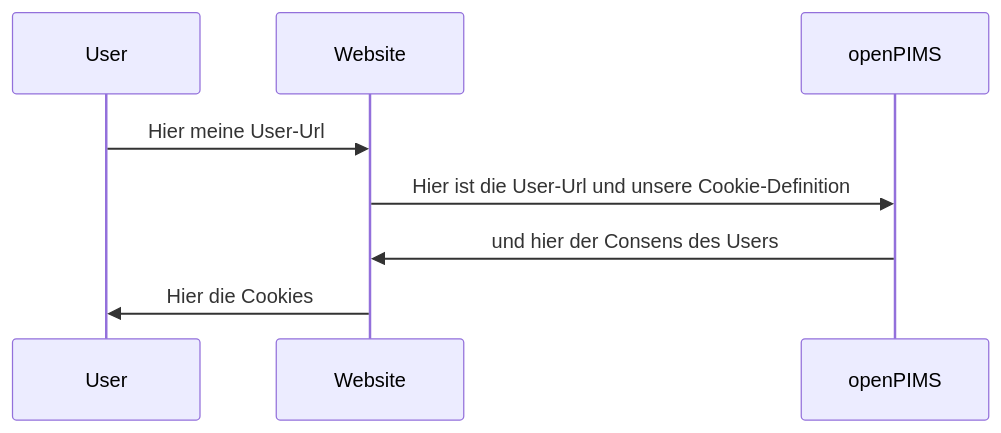
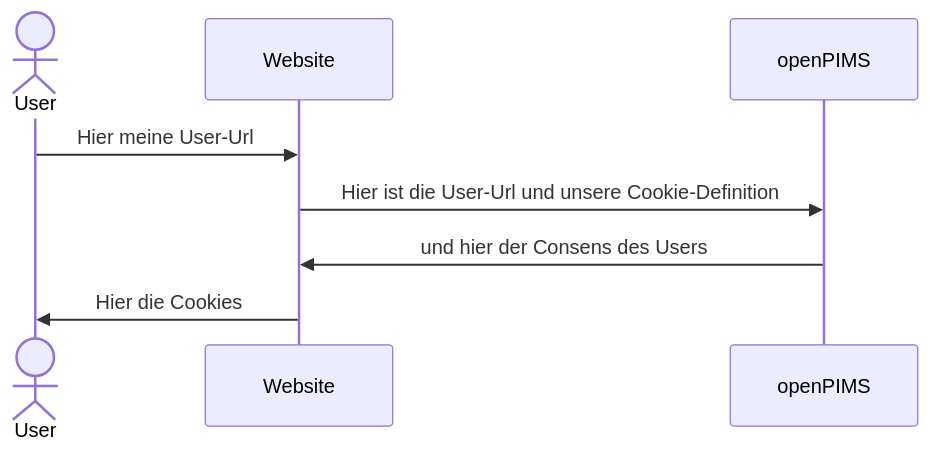
One commit to openpims/openpims changed the third of 3 diagrams in README.md. Above: the diagram before and after it, drawn with Mermaid.

````diff
--- a/README.md
+++ b/README.md
@@ -68,7 +68,8 @@
 ```mermaid
   sequenceDiagram
+  actor User
     User->>Website: Hier meine User-Url
     Website->>openPIMS: Hier ist die User-Url und unsere Cookie-Definition
     openPIMS->>Website: und hier der Consens des Users
     Website->>User: Hier die Cookies
 ```
````
